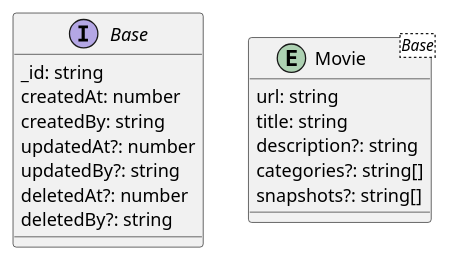
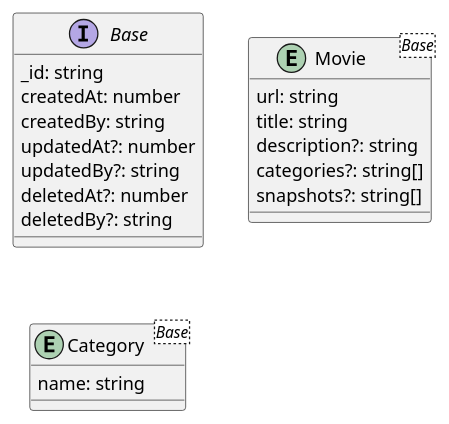
The diagram in docs/database.puml (eduardo-schork/video-streaming-service), drawn with PlantUML before and after one commit. The commit also changed 40 other files, not shown here.

```diff
--- a/docs/database.puml
+++ b/docs/database.puml
@@ -1,21 +1,25 @@
 @startuml
 
 interface Base {
   _id: string
   createdAt: number
   createdBy: string
   updatedAt?: number
   updatedBy?: string
   deletedAt?: number
   deletedBy?: string
 }
 
 entity Movie<Base> {
   url: string
   title: string
   description?: string
   categories?: string[]
   snapshots?: string[]
 }
 
+entity Category<Base> {
+  name: string
+}
+
 @enduml
```
